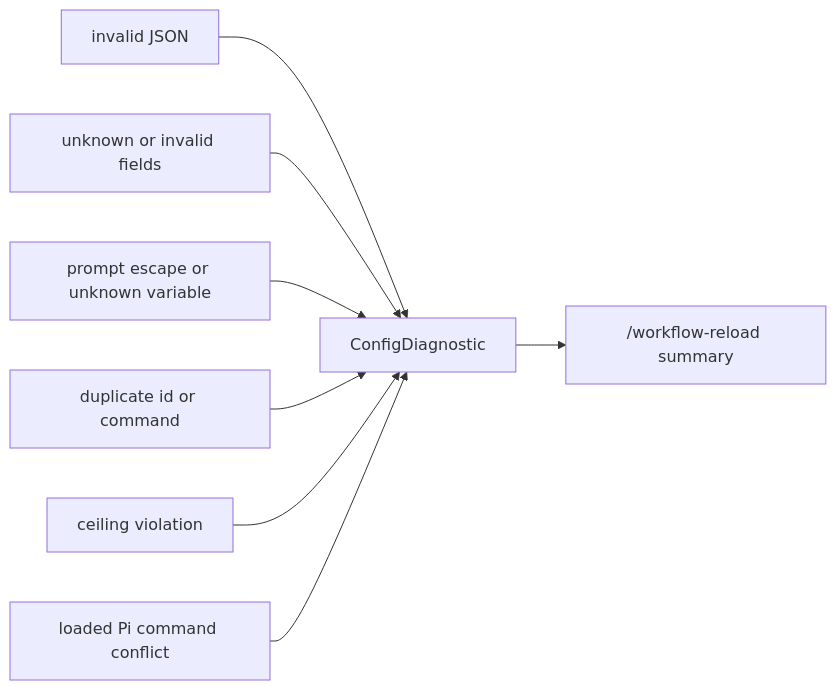
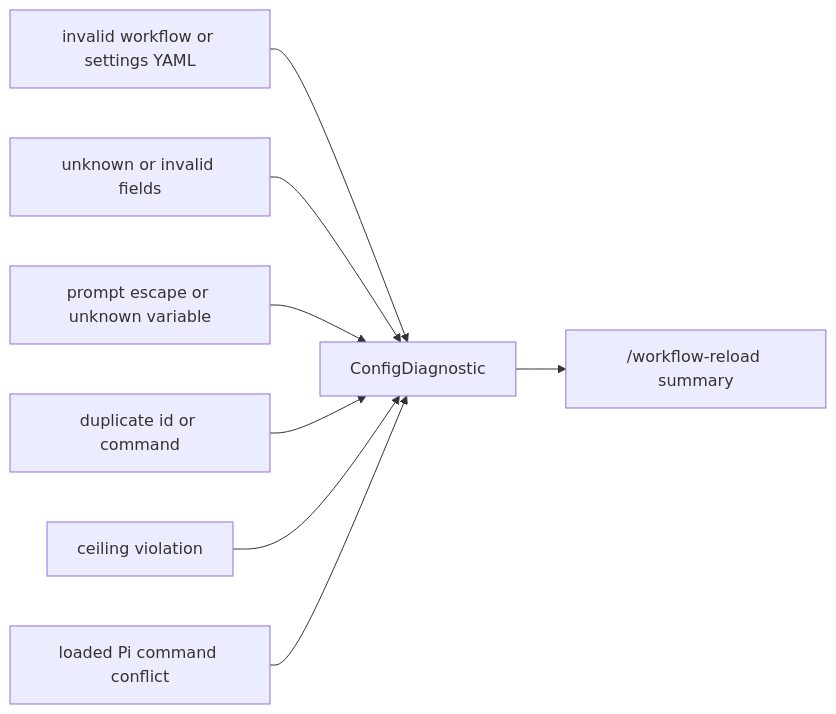
The fifth of 5 diagrams in openwiki/authoring/settings-and-project-workflows.md (wichayutdew/pi-workflows), drawn with Mermaid before and after one commit. The commit also changed other lines of this file and 84 other files, not shown here.

````diff
--- a/openwiki/authoring/settings-and-project-workflows.md
+++ b/openwiki/authoring/settings-and-project-workflows.md
@@ -73,10 +79,10 @@
 ```mermaid
 flowchart LR
-  BadJson[invalid JSON] --> Diag[ConfigDiagnostic]
+  BadConfig[invalid workflow or settings YAML] --> Diag[ConfigDiagnostic]
   BadSchema[unknown or invalid fields] --> Diag
   BadPrompt[prompt escape or unknown variable] --> Diag
   Duplicate[duplicate id or command] --> Diag
   Ceiling[ceiling violation] --> Diag
   Conflict[loaded Pi command conflict] --> Diag
   Diag --> Reload["/workflow-reload summary"]
 ```
````
